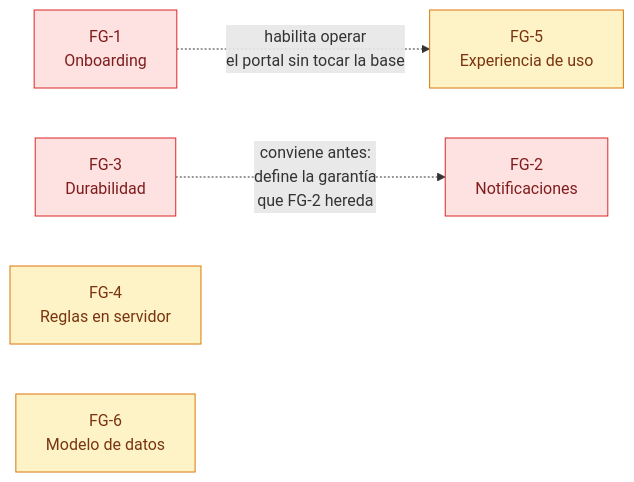
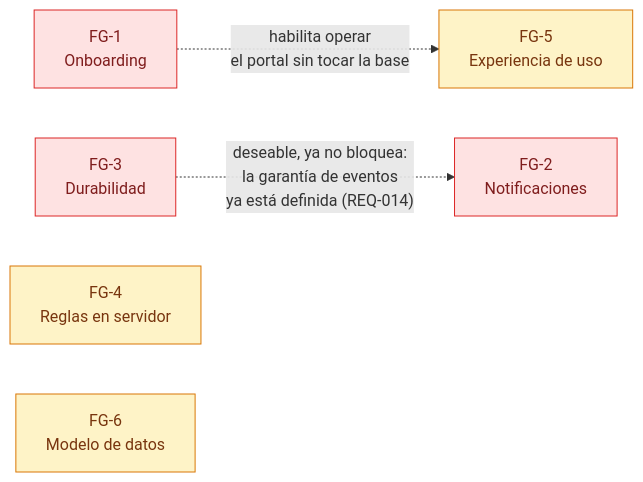
One commit to gravadigital/jiku changed the diagram in docs/prd/feature-groups.md. Above: the diagram before and after it, drawn with Mermaid. The commit also changed other lines of this file and 16 other files, not shown here.

````diff
--- a/docs/prd/feature-groups.md
+++ b/docs/prd/feature-groups.md
@@ -398,19 +406,19 @@
 ```mermaid
 graph LR
     FG1["FG-1<br/>Onboarding"]
     FG2["FG-2<br/>Notificaciones"]
     FG3["FG-3<br/>Durabilidad"]
     FG4["FG-4<br/>Reglas en servidor"]
     FG5["FG-5<br/>Experiencia de uso"]
     FG6["FG-6<br/>Modelo de datos"]
 
-    FG3 -.->|"conviene antes:<br/>define la garantía<br/>que FG-2 hereda"| FG2
+    FG3 -.->|"deseable, ya no bloquea:<br/>la garantía de eventos<br/>ya está definida (REQ-014)"| FG2
     FG1 -.->|"habilita operar<br/>el portal sin tocar la base"| FG5
 
     classDef alta fill:#fee2e2,stroke:#dc2626,color:#7f1d1d
     classDef media fill:#fef3c7,stroke:#d97706,color:#78350f
     classDef baja fill:#f1f5f9,stroke:#64748b,color:#334155
 
     class FG1,FG2,FG3 alta
     class FG4,FG5,FG6 media
 ```
````
